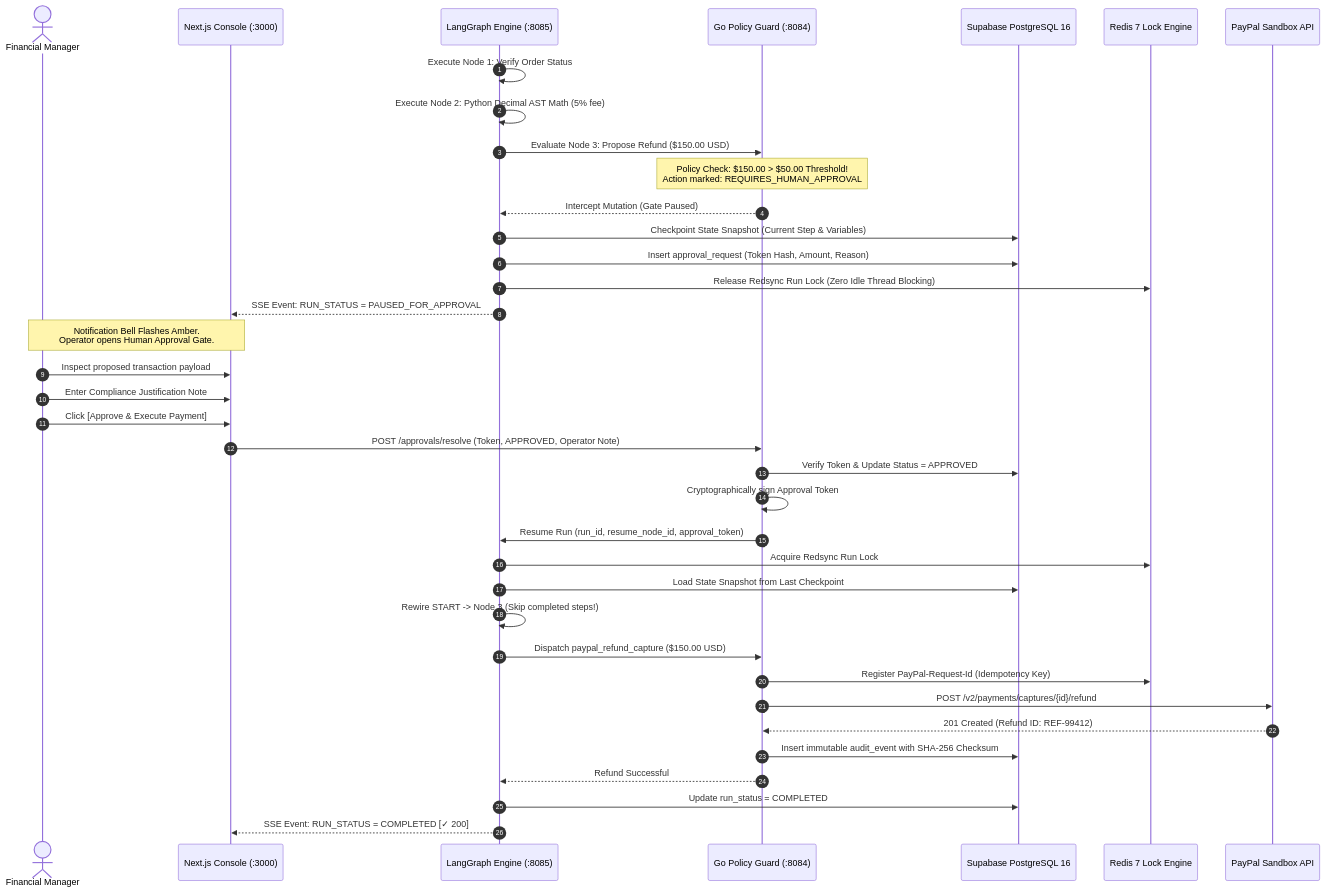
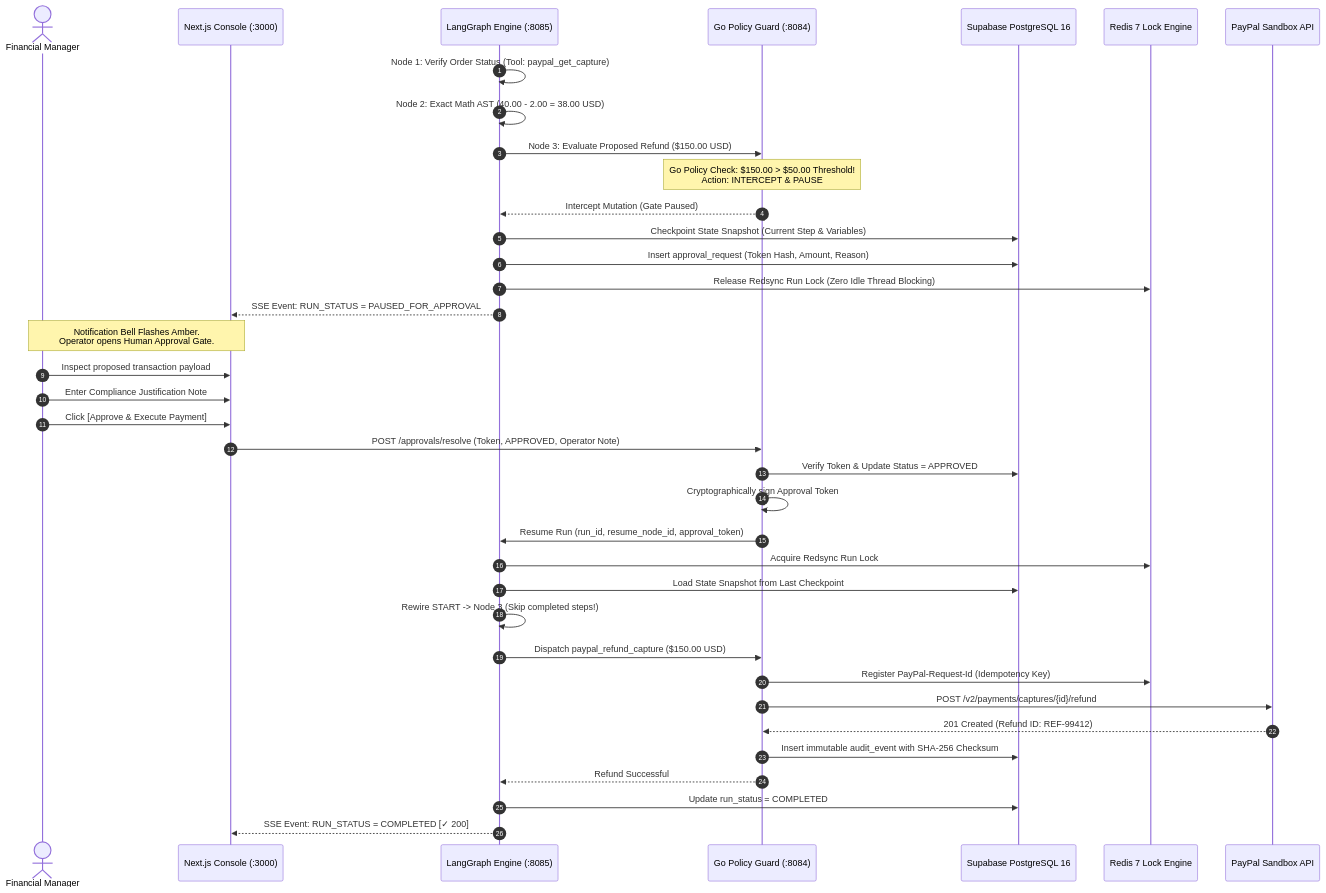
One commit to Kavisharora12/DelTix changed the third of 3 diagrams in README.md. Above: the diagram before and after it, drawn with Mermaid. The commit also changed other lines of this file, not shown here.

Commit message:
docs: level up README with visual architecture diagrams, judging matrix, and production artifacts

````diff
--- a/README.md
+++ b/README.md
@@ -203,46 +248,46 @@
 ```mermaid
 sequenceDiagram
     autonumber
     actor Operator as Financial Manager
     participant UI as Next.js Console (:3000)
     participant Worker as LangGraph Engine (:8085)
     participant Policy as Go Policy Guard (:8084)
     participant DB as Supabase PostgreSQL 16
     participant Redis as Redis 7 Lock Engine
     participant PayPal as PayPal Sandbox API
 
-    Worker->>Worker: Execute Node 1: Verify Order Status
-    Worker->>Worker: Execute Node 2: Python Decimal AST Math (5% fee)
-    Worker->>Policy: Evaluate Node 3: Propose Refund ($150.00 USD)
+    Worker->>Worker: Node 1: Verify Order Status (Tool: paypal_get_capture)
+    Worker->>Worker: Node 2: Exact Math AST (40.00 - 2.00 = 38.00 USD)
+    Worker->>Policy: Node 3: Evaluate Proposed Refund ($150.00 USD)
     
-    Note over Policy: Policy Check: $150.00 > $50.00 Threshold!<br/>Action marked: REQUIRES_HUMAN_APPROVAL
+    Note over Policy: Go Policy Check: $150.00 > $50.00 Threshold!<br/>Action: INTERCEPT & PAUSE
     
     Policy-->>Worker: Intercept Mutation (Gate Paused)
     Worker->>DB: Checkpoint State Snapshot (Current Step & Variables)
     Worker->>DB: Insert approval_request (Token Hash, Amount, Reason)
     Worker->>Redis: Release Redsync Run Lock (Zero Idle Thread Blocking)
     Worker-->>UI: SSE Event: RUN_STATUS = PAUSED_FOR_APPROVAL
 
     Note over UI,Operator: Notification Bell Flashes Amber.<br/>Operator opens Human Approval Gate.
 
     Operator->>UI: Inspect proposed transaction payload
     Operator->>UI: Enter Compliance Justification Note
     Operator->>UI: Click [Approve & Execute Payment]
     
     UI->>Policy: POST /approvals/resolve (Token, APPROVED, Operator Note)
     Policy->>DB: Verify Token & Update Status = APPROVED
     Policy->>Policy: Cryptographically sign Approval Token
     
     Policy->>Worker: Resume Run (run_id, resume_node_id, approval_token)
     Worker->>Redis: Acquire Redsync Run Lock
     Worker->>DB: Load State Snapshot from Last Checkpoint
     Worker->>Worker: Rewire START -> Node 3 (Skip completed steps!)
     Worker->>Policy: Dispatch paypal_refund_capture ($150.00 USD)
     Policy->>Redis: Register PayPal-Request-Id (Idempotency Key)
     Policy->>PayPal: POST /v2/payments/captures/{id}/refund
     PayPal-->>Policy: 201 Created (Refund ID: REF-99412)
     Policy->>DB: Insert immutable audit_event with SHA-256 Checksum
     Policy-->>Worker: Refund Successful
     Worker->>DB: Update run_status = COMPLETED
     Worker-->>UI: SSE Event: RUN_STATUS = COMPLETED [✓ 200]
 ```
````
